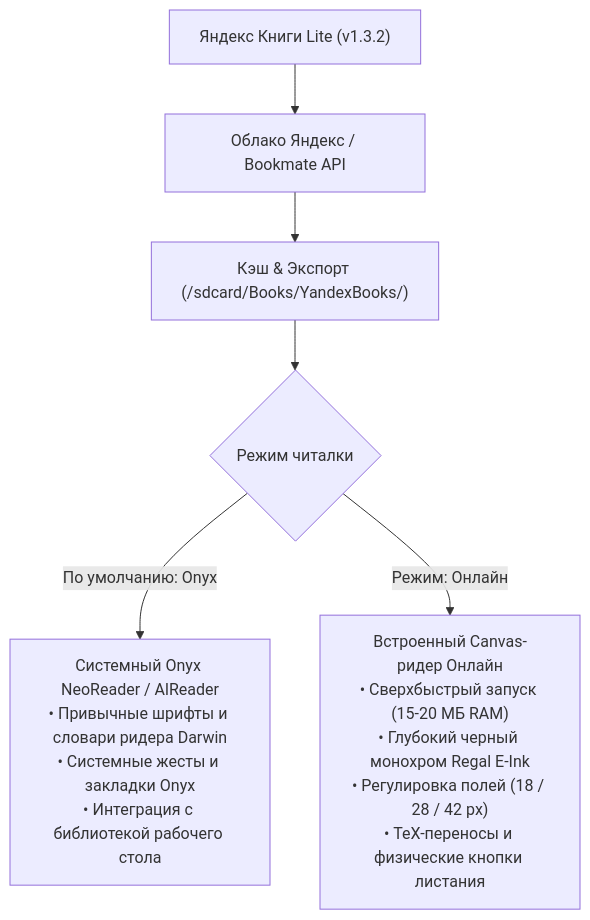
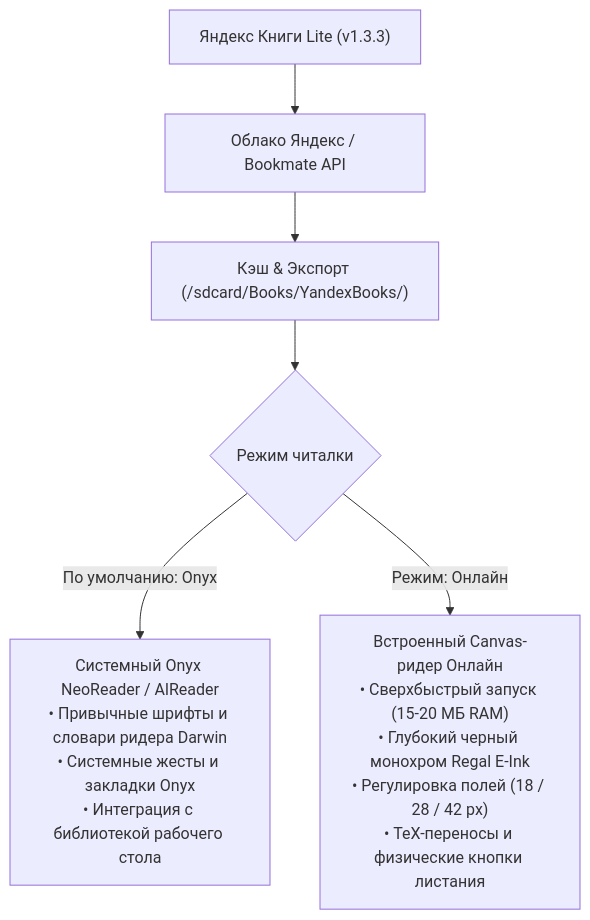
The diagram in README.md (litvaerickson-spec/onyx-yandex-books), drawn with Mermaid before and after one commit. The commit also changed other lines of this file and 9 other files, not shown here.

````diff
--- a/README.md
+++ b/README.md
@@ -57,10 +57,10 @@
 ```mermaid
 flowchart TD
-    App["Яндекс Книги Lite (v1.3.2)"] --> Cloud["Облако Яндекс / Bookmate API"]
+    App["Яндекс Книги Lite (v1.3.3)"] --> Cloud["Облако Яндекс / Bookmate API"]
     Cloud --> Cache["Кэш & Экспорт (/sdcard/Books/YandexBooks/)"]
     Cache --> ModeSelect{"Режим читалки"}
     
     ModeSelect -->|По умолчанию: Onyx| OnyxReader["Системный Onyx NeoReader / AlReader<br/>• Привычные шрифты и словари ридера Darwin<br/>• Системные жесты и закладки Onyx<br/>• Интеграция с библиотекой рабочего стола"]
     
     ModeSelect -->|Режим: Онлайн| OnlineReader["Встроенный Canvas-ридер Онлайн<br/>• Сверхбыстрый запуск (15-20 МБ RAM)<br/>• Глубокий черный монохром Regal E-Ink<br/>• Регулировка полей (18 / 28 / 42 px)<br/>• TeX-переносы и физические кнопки листания"]
 ```
````
